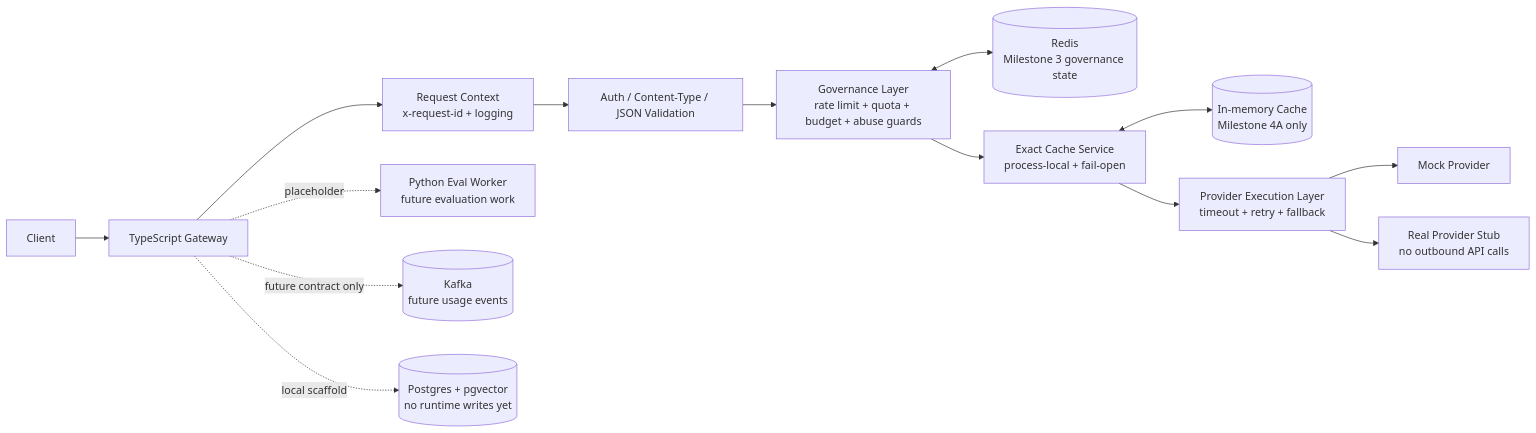
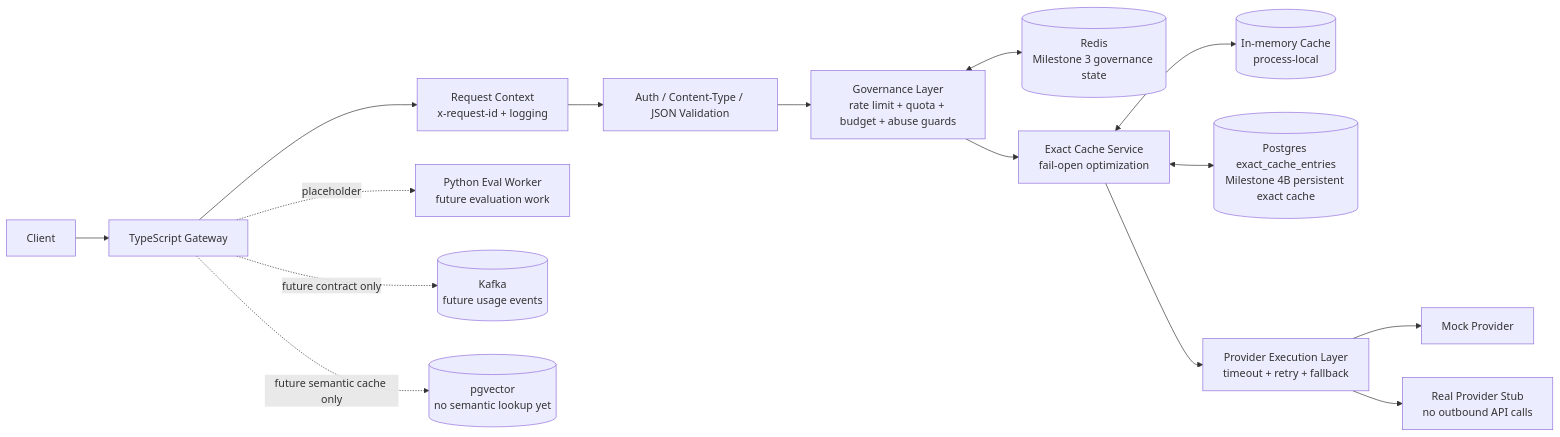
The diagram in README.md (AmanCode9/inference-gateway-platform), drawn with Mermaid before and after one commit. The commit also changed other lines of this file and 22 other files, not shown here.

Commit message:
feat(gateway): add postgres-backed exact cache persistence

````diff
--- a/README.md
+++ b/README.md
@@ -52,16 +60,17 @@
 ```mermaid
 flowchart LR
   Client[Client] --> Gateway[TypeScript Gateway]
   Gateway --> RequestContext[Request Context<br/>x-request-id + logging]
   RequestContext --> AuthValidation[Auth / Content-Type / JSON Validation]
   AuthValidation --> Governance[Governance Layer<br/>rate limit + quota + budget + abuse guards]
   Governance <--> Redis[(Redis<br/>Milestone 3 governance state)]
-  Governance --> ExactCache[Exact Cache Service<br/>process-local + fail-open]
-  ExactCache <--> CacheRepo[(In-memory Cache<br/>Milestone 4A only)]
+  Governance --> ExactCache[Exact Cache Service<br/>fail-open optimization]
+  ExactCache <--> MemoryCache[(In-memory Cache<br/>process-local)]
+  ExactCache <--> PostgresCache[(Postgres exact_cache_entries<br/>Milestone 4B persistent exact cache)]
   ExactCache --> ProviderExecution[Provider Execution Layer<br/>timeout + retry + fallback]
   ProviderExecution --> MockProvider[Mock Provider]
   ProviderExecution --> RealStub[Real Provider Stub<br/>no outbound API calls]
   Gateway -. placeholder .-> EvalWorker[Python Eval Worker<br/>future evaluation work]
   Gateway -. future contract only .-> Kafka[(Kafka<br/>future usage events)]
-  Gateway -. local scaffold .-> Postgres[(Postgres + pgvector<br/>no runtime writes yet)]
+  Gateway -. future semantic cache only .-> Pgvector[(pgvector<br/>no semantic lookup yet)]
 ```
````
